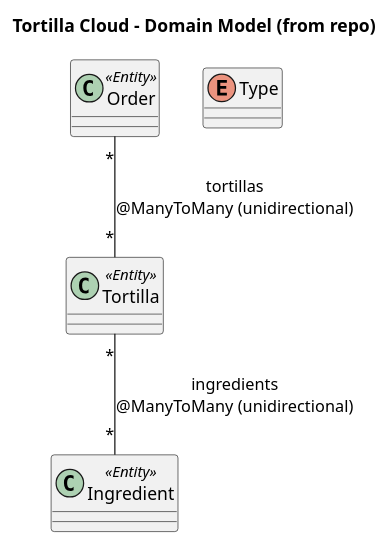
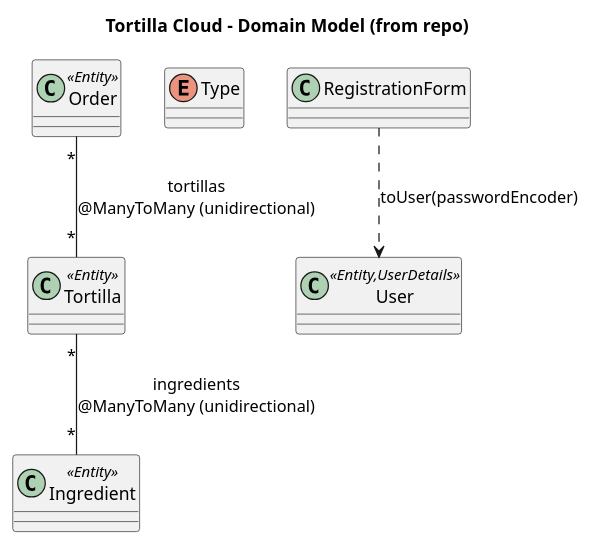
One commit to Abir-Shaikh/Tortilla-Cloud changed the second of 4 diagrams in diagram.puml. Above: the diagram before and after it, drawn with PlantUML. The commit also changed other lines of this file and 1 other file, not shown here.

Commit message:
updated puml diagrams

```diff
--- a/diagram.puml
+++ b/diagram.puml
@@ -83,15 +99,19 @@
 @startuml TortillaCloud_Domain_Model
 title Tortilla Cloud - Domain Model (from repo)
 
 skinparam shadowing false
 skinparam classAttributeIconSize 0
 
 class Ingredient <<Entity>>
 enum Type
 class Tortilla <<Entity>>
 class Order <<Entity>>
+class User <<Entity,UserDetails>>
+class RegistrationForm
 
 Tortilla "*" -- "*" Ingredient : ingredients\n@ManyToMany (unidirectional)
 Order "*" -- "*" Tortilla : tortillas\n@ManyToMany (unidirectional)
 
+RegistrationForm ..> User : toUser(passwordEncoder)
+
 @enduml
```
